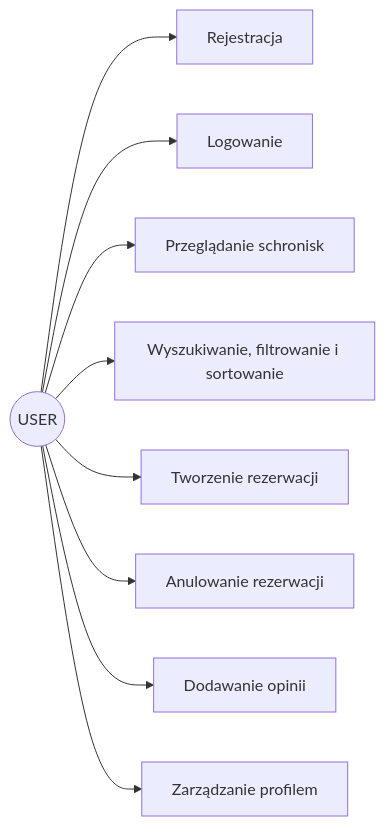
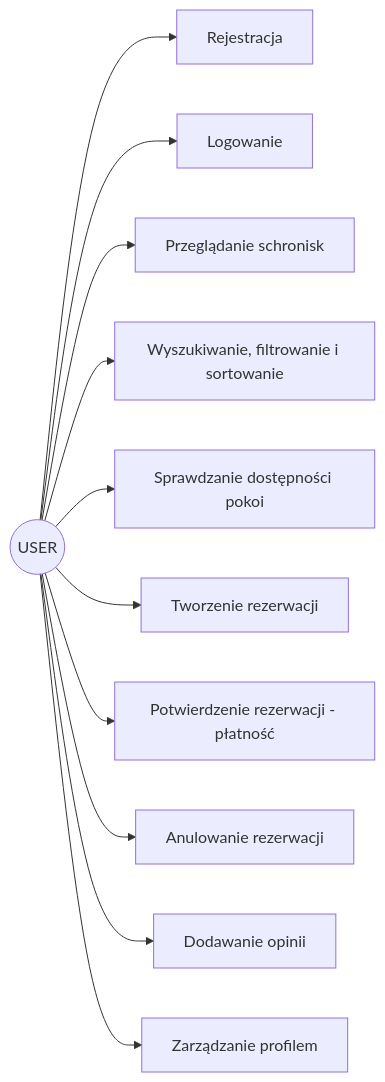
Before and after one commit to sh1zer/bnabd: the first of 6 diagrams in docs/04_role_i_przyklady.md, drawn with Mermaid. The commit also changed other lines of this file and 2 other files, not shown here.

````diff
--- a/docs/04_role_i_przyklady.md
+++ b/docs/04_role_i_przyklady.md
@@ -107,12 +133,14 @@
 ```mermaid
 graph LR
     U((USER))
     U --> UC1[Rejestracja]
     U --> UC2[Logowanie]
     U --> UC3[Przeglądanie schronisk]
     U --> UC4[Wyszukiwanie, filtrowanie i sortowanie]
-    U --> UC5[Tworzenie rezerwacji]
-    U --> UC6[Anulowanie rezerwacji]
-    U --> UC7[Dodawanie opinii]
-    U --> UC8[Zarządzanie profilem]
+    U --> UC5[Sprawdzanie dostępności pokoi]
+    U --> UC6[Tworzenie rezerwacji]
+    U --> UC7[Potwierdzenie rezerwacji - płatność]
+    U --> UC8[Anulowanie rezerwacji]
+    U --> UC9[Dodawanie opinii]
+    U --> UC10[Zarządzanie profilem]
 ```
````
